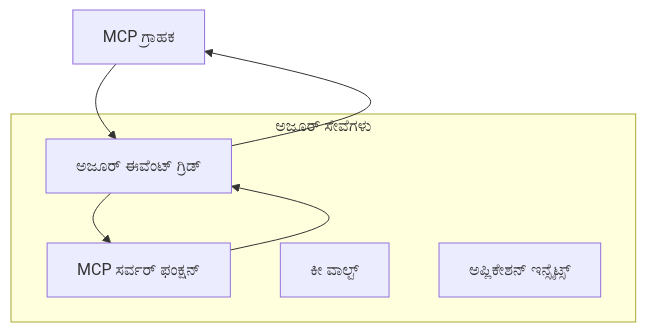
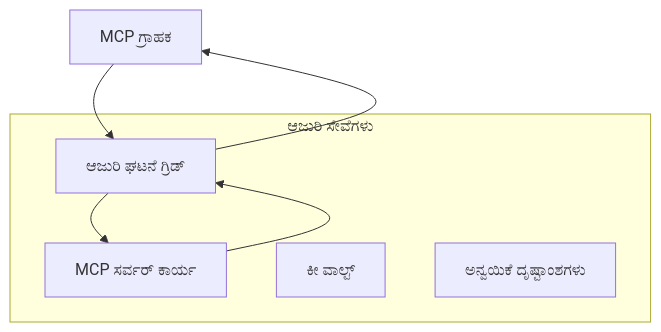
The first of 2 diagrams in mcp_ecosystem__model_context_protocol/mcp_learning_resources/mcp-for-beginners/translations/kn/05-AdvancedTopics/mcp-transport/README.md (HIDORAKAI002/ai-workspace-archive), drawn with Mermaid before and after one commit. The commit also changed other lines of this file and 1539 other files, not shown here.

````diff
--- a/mcp_ecosystem__model_context_protocol/mcp_learning_resources/mcp-for-beginners/translations/kn/05-AdvancedTopics/mcp-transport/README.md
+++ b/mcp_ecosystem__model_context_protocol/mcp_learning_resources/mcp-for-beginners/translations/kn/05-AdvancedTopics/mcp-transport/README.md
@@ -58,14 +58,14 @@
 ```mermaid
 graph TB
-    Client[MCP ಗ್ರಾಹಕ] --> EG[ಅಜೂರ್ ಈವೆಂಟ್ ಗ್ರಿಡ್]
-    EG --> Server[MCP ಸರ್ವರ್ ಫಂಕ್ಷನ್]
+    Client[MCP ಗ್ರಾಹಕ] --> EG[ಆಜುರಿ ಘಟನೆ ಗ್ರಿಡ್]
+    EG --> Server[MCP ಸರ್ವರ್ ಕಾರ್ಯ]
     Server --> EG
     EG --> Client
     
-    subgraph "ಅಜೂರ್ ಸೇವೆಗಳು"
+    subgraph "ಆಜುರಿ ಸೇವೆಗಳು"
         EG
         Server
         KV[ಕೀ ವಾಲ್ಟ್]
-        Monitor[ಅಪ್ಲಿಕೇಶನ್ ಇನ್ಸೈಟ್ಸ್]
+        Monitor[ಅನ್ವಯಿಕೆ ದೃಷ್ಟಾಂಶಗಳು]
     end
 ```
````
